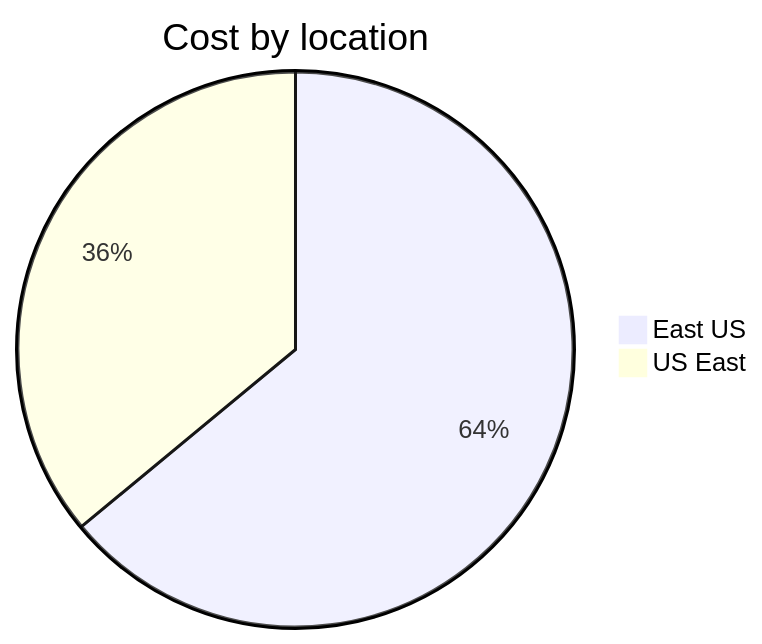
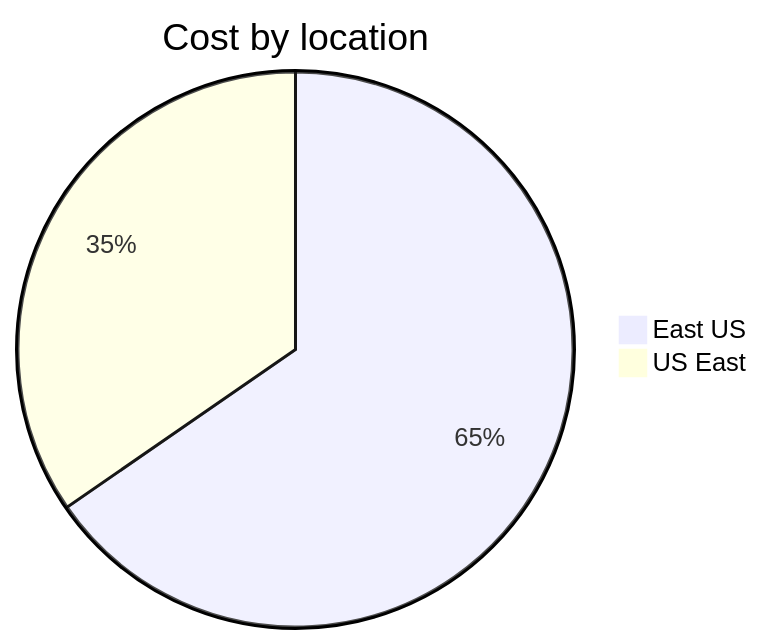
The third of 4 diagrams in cost-reports/cloud-shell-storage-eastus/cs2100300008c8d894b.md (jpfulton/azure-personal-reports), drawn with Mermaid before and after one commit. The commit also changed other lines of this file and 1 other file, not shown here.

````diff
--- a/cost-reports/cloud-shell-storage-eastus/cs2100300008c8d894b.md
+++ b/cost-reports/cloud-shell-storage-eastus/cs2100300008c8d894b.md
@@ -108,6 +108,6 @@
 ```mermaid
 pie
    title Cost by location
-   "East US" : 0.16
+   "East US" : 0.17
    "US East" : 0.09
 ```
````
